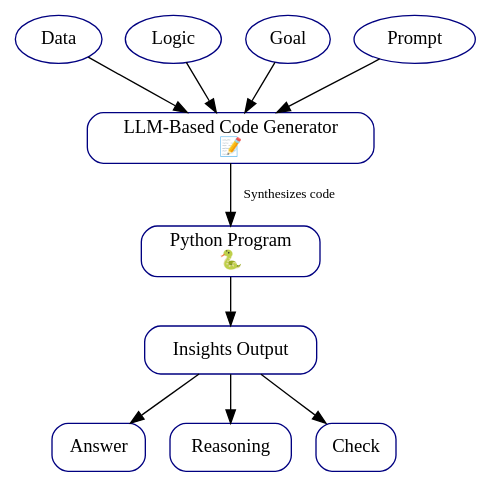
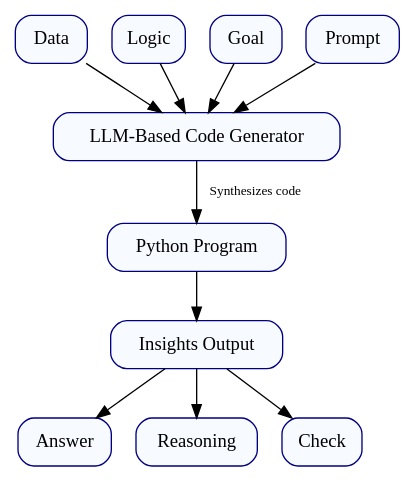
One commit to eyereasoner/eye changed the diagram in teaching/images/EYE-teaching.dot. Above: the diagram before and after it, drawn with Graphviz. The commit also changed 1 other file, not shown here.

```diff
--- a/teaching/images/EYE-teaching.dot
+++ b/teaching/images/EYE-teaching.dot
@@ -1,24 +1,22 @@
 digraph {
 	bgcolor=white fontname=Helvetica rankdir=TB
-	Data [color=navy fillcolor=white shape=ellipse style="rounded,filled"]
-	Logic [color=navy fillcolor=white shape=ellipse style="rounded,filled"]
-	Goal [color=navy fillcolor=white shape=ellipse style="rounded,filled"]
-	Prompt [color=navy fillcolor=white shape=ellipse style="rounded,filled"]
-	LLM [label="LLM-Based Code Generator
-📝" color=navy fillcolor=white shape=box style="rounded,filled"]
-	PythonProgram [label="Python Program
-🐍" color=navy fillcolor=white shape=box style="rounded,filled"]
-	Insights [label="Insights Output" color=navy fillcolor=white shape=box style="rounded,filled"]
-	Answer [label=Answer color=navy fillcolor=white shape=box style=rounded]
+	Data [label=Data color=navy fillcolor="#F7FAFF" shape=box style="rounded,filled"]
+	Logic [label=Logic color=navy fillcolor="#F7FAFF" shape=box style="rounded,filled"]
+	Goal [label=Goal color=navy fillcolor="#F7FAFF" shape=box style="rounded,filled"]
+	Prompt [label=Prompt color=navy fillcolor="#F7FAFF" shape=box style="rounded,filled"]
+	LLM [label="LLM-Based Code Generator" color=navy fillcolor="#F7FAFF" shape=box style="rounded,filled"]
+	PythonProgram [label="Python Program" color=navy fillcolor="#F7FAFF" shape=box style="rounded,filled"]
+	Insights [label="Insights Output" color=navy fillcolor="#F7FAFF" shape=box style="rounded,filled"]
+	Answer [label=Answer color=navy fillcolor="#F7FAFF" shape=box style="rounded,filled"]
 	Insights -> Answer
-	Reasoning [label=Reasoning color=navy fillcolor=white shape=box style=rounded]
+	Reasoning [label=Reasoning color=navy fillcolor="#F7FAFF" shape=box style="rounded,filled"]
 	Insights -> Reasoning
-	Check [label=Check color=navy fillcolor=white shape=box style=rounded]
+	Check [label=Check color=navy fillcolor="#F7FAFF" shape=box style="rounded,filled"]
 	Insights -> Check
 	Data -> LLM
 	Logic -> LLM
 	Goal -> LLM
 	Prompt -> LLM
 	LLM -> PythonProgram [label="Synthesizes code" fontsize=10]
 	PythonProgram -> Insights
 }
```
